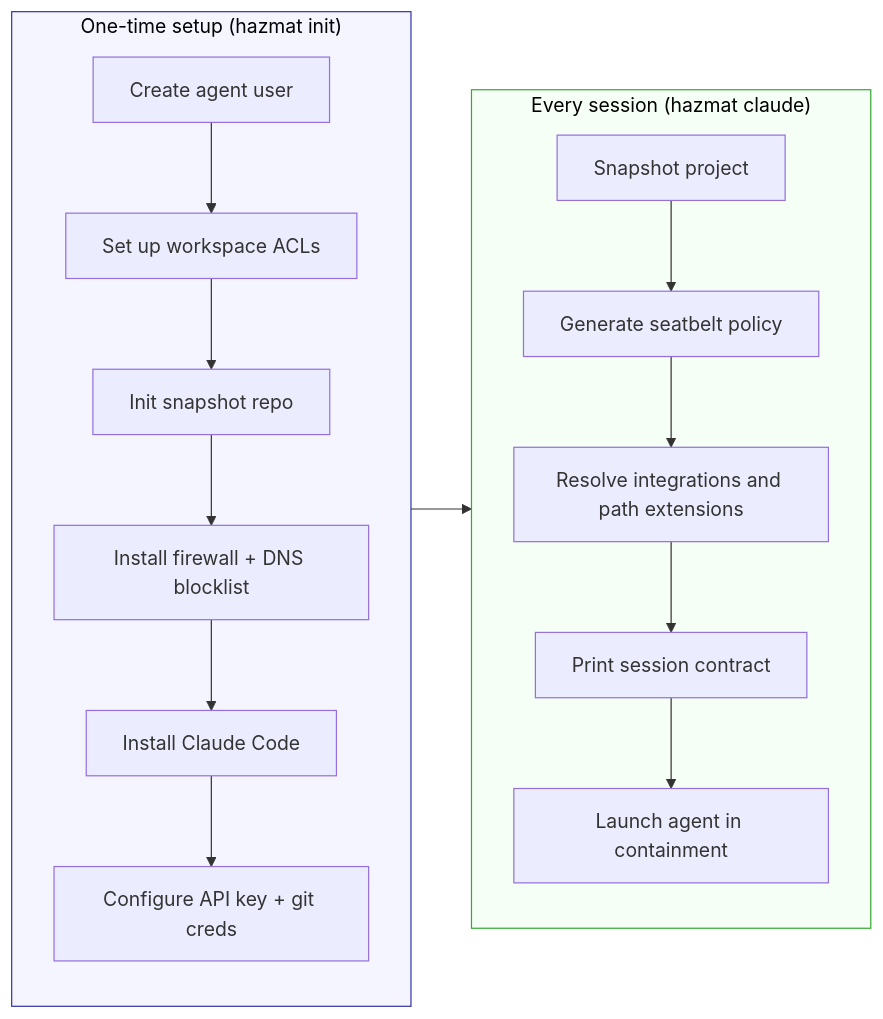
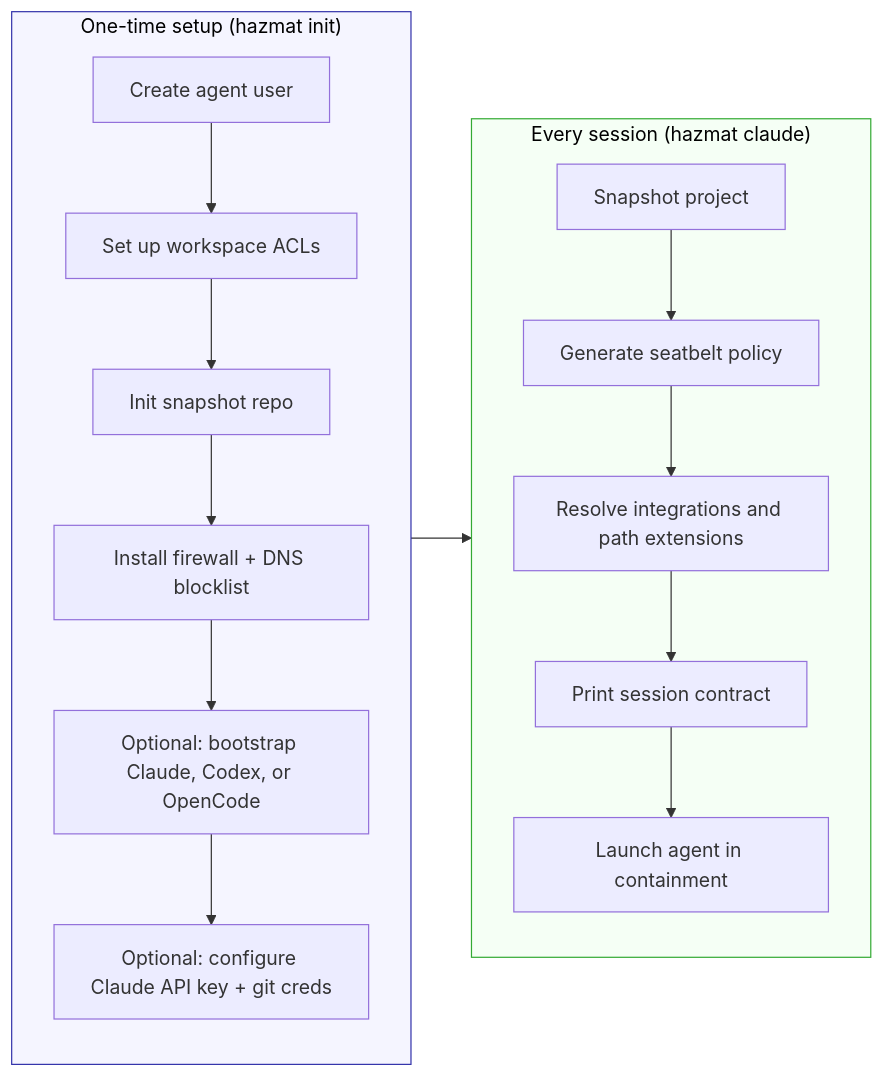
Before and after one commit to dredozubov/hazmat: the diagram in docs/usage.md, drawn with Mermaid. The commit also changed other lines of this file and 5 other files, not shown here.

Commit message:
Document agent-neutral init flow

````diff
--- a/docs/usage.md
+++ b/docs/usage.md
@@ -16,22 +16,22 @@
 ```mermaid
 flowchart LR
     subgraph once ["One-time setup (hazmat init)"]
         direction TB
         I1[Create agent user] --> I2[Set up workspace ACLs]
         I2 --> I3[Init snapshot repo]
         I3 --> I4[Install firewall + DNS blocklist]
-        I4 --> I5[Install Claude Code]
-        I5 --> I6[Configure API key + git creds]
+        I4 --> I5["Optional: bootstrap Claude, Codex, or OpenCode"]
+        I5 --> I6["Optional: configure Claude API key + git creds"]
     end
     subgraph daily ["Every session (hazmat claude)"]
         direction TB
         D1[Snapshot project] --> D2[Generate seatbelt policy]
         D2 --> D3[Resolve integrations and path extensions]
         D3 --> D4[Print session contract]
         D4 --> D5[Launch agent in containment]
     end
     once --> daily
 
     style once fill:#f5f5ff,stroke:#33a,color:#000
     style daily fill:#f5fff5,stroke:#3a3,color:#000
 ```
````
